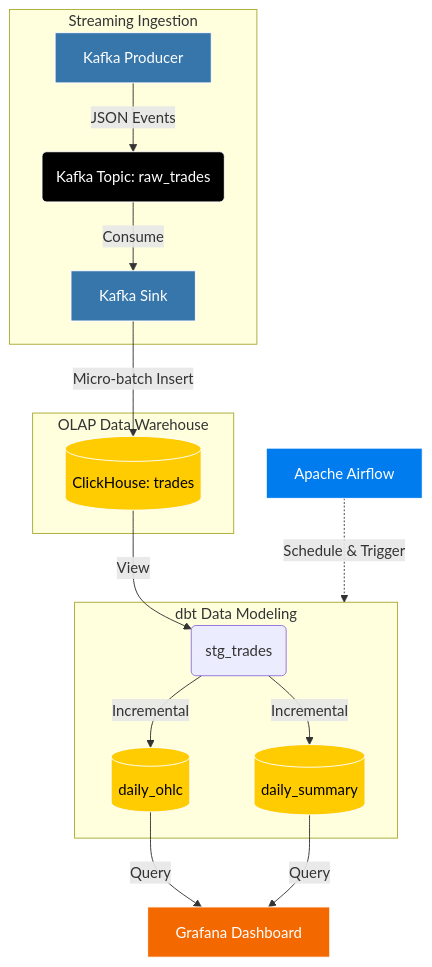
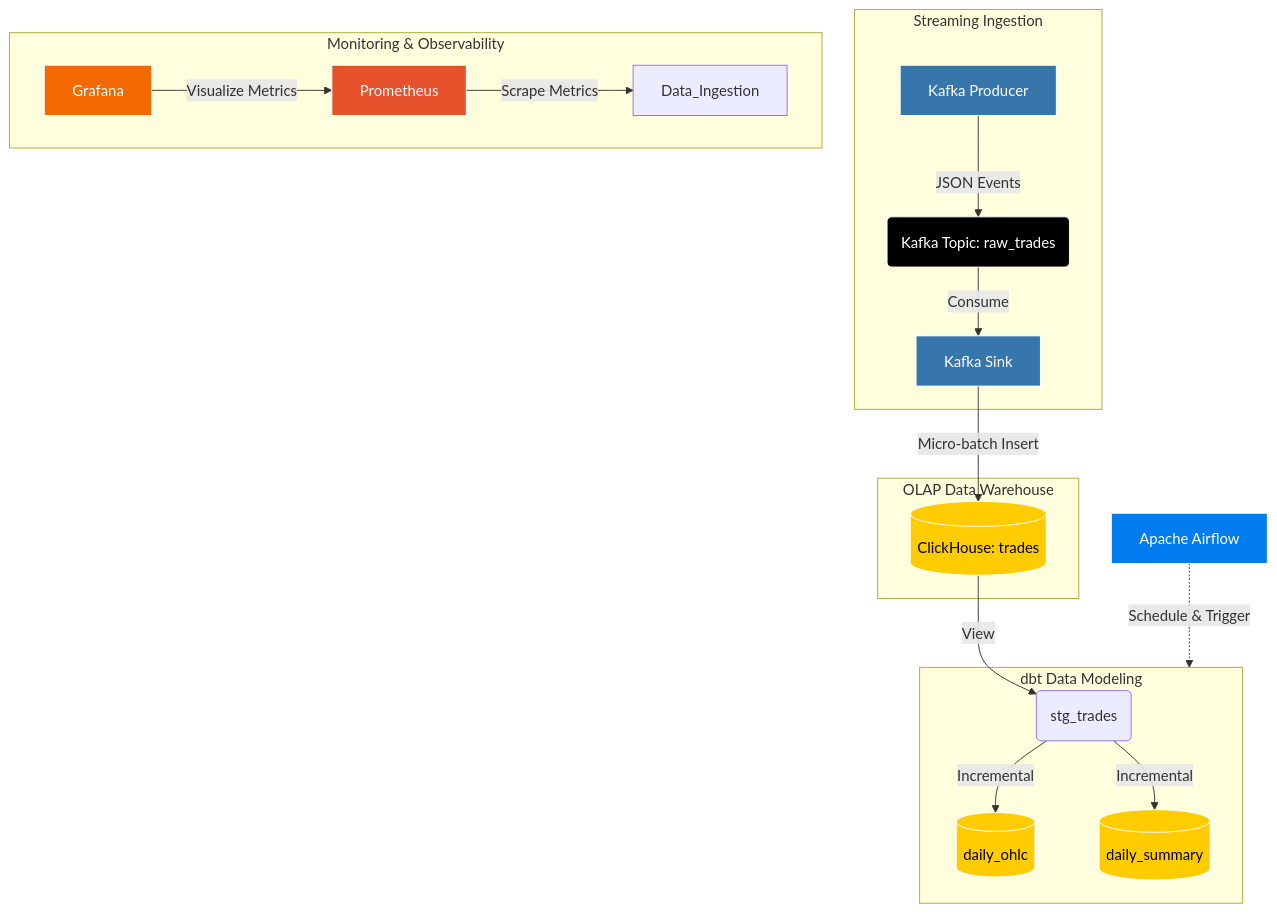
The diagram in README.md (ThoLVB22DCKH121/Pipeline_Data_Real_Time), drawn with Mermaid before and after one commit. The commit also changed other lines of this file and 7 other files, not shown here.

````diff
--- a/README.md
+++ b/README.md
@@ -17,31 +17,34 @@
 ```mermaid
 graph TD
     subgraph Data Ingestion [Streaming Ingestion]
         A[Kafka Producer] -->|JSON Events| B(Kafka Topic: raw_trades)
         B -->|Consume| C[Kafka Sink]
     end
 
     subgraph Storage & Compute [OLAP Data Warehouse]
         C -->|Micro-batch Insert| D[(ClickHouse: trades)]
     end
     
     subgraph Transformation [dbt Data Modeling]
         D -->|View| E(stg_trades)
         E -->|Incremental| F[(daily_ohlc)]
         E -->|Incremental| G[(daily_summary)]
     end
     
     H[Apache Airflow] -.->|Schedule & Trigger| Transformation
     
-    F -->|Query| I[Grafana Dashboard]
-    G -->|Query| I
+    subgraph System Monitoring [Monitoring & Observability]
+        I[Prometheus] -->|Scrape Metrics| Data_Ingestion
+        J[Grafana] -->|Visualize Metrics| I
+    end
     
     style A fill:#3776AB,stroke:#fff,color:#fff
     style B fill:#000,stroke:#fff,color:#fff
     style C fill:#3776AB,stroke:#fff,color:#fff
     style D fill:#FFCC01,stroke:#fff,color:#000
     style F fill:#FFCC01,stroke:#fff,color:#000
     style G fill:#FFCC01,stroke:#fff,color:#000
     style H fill:#017CEE,stroke:#fff,color:#fff
-    style I fill:#F46800,stroke:#fff,color:#fff
+    style I fill:#E6522C,stroke:#fff,color:#fff
+    style J fill:#F46800,stroke:#fff,color:#fff
 ```
````
